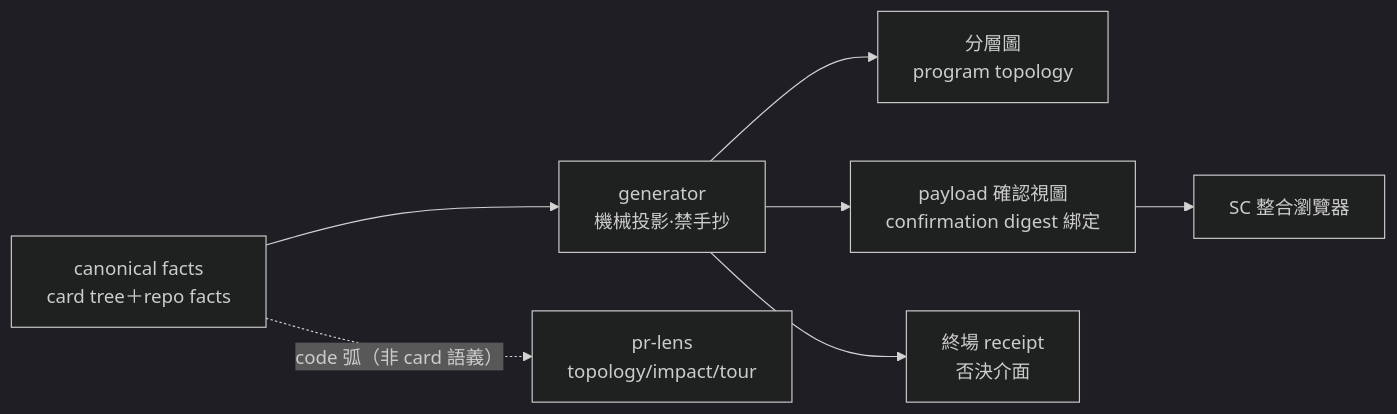
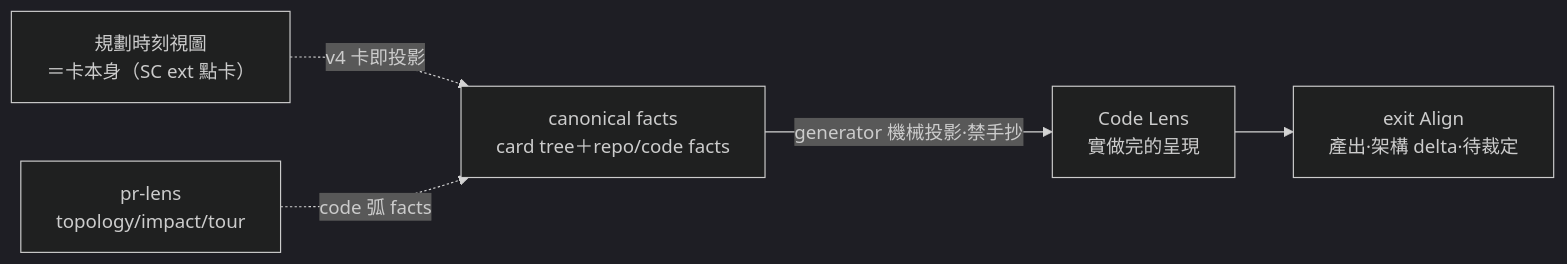
One commit to ChiahungTai/ai-guide changed the diagram in backlog/tasks/air-135.4 - Code-Lens——整合-code-tours＋pr-lens-的-human-code-viewport.md. Above: the diagram before and after it, drawn with Mermaid (dark theme). The commit also changed other lines of this file and 1 other file, not shown here.

````diff
--- a/backlog/tasks/air-135.4 - Code-Lens——整合-code-tours＋pr-lens-的-human-code-viewport.md
+++ b/backlog/tasks/air-135.4 - Code-Lens——整合-code-tours＋pr-lens-的-human-code-viewport.md
@@ -34,9 +34,7 @@
 ```mermaid
 flowchart LR
-  CF["canonical facts<br/>card tree＋repo facts"] --> G["generator<br/>機械投影·禁手抄"]
-  G --> V1["分層圖<br/>program topology"]
-  G --> V2["payload 確認視圖<br/>confirmation digest 綁定"]
-  G --> V3["終場 receipt<br/>否決介面"]
-  V2 --> SCV["SC 整合瀏覽器"]
-  CF -.->|"code 弧（非 card 語義）"| PL["pr-lens<br/>topology/impact/tour"]
+  CF["canonical facts<br/>card tree＋repo/code facts"] -->|"generator 機械投影·禁手抄"| CL["Code Lens<br/>實做完的呈現"]
+  CL --> EX["exit Align<br/>產出·架構 delta·待裁定"]
+  SC["規劃時刻視圖<br/>＝卡本身（SC ext 點卡）"] -.->|"v4 卡即投影"| CF
+  PL["pr-lens<br/>topology/impact/tour"] -.->|"code 弧 facts"| CF
 ```
````
